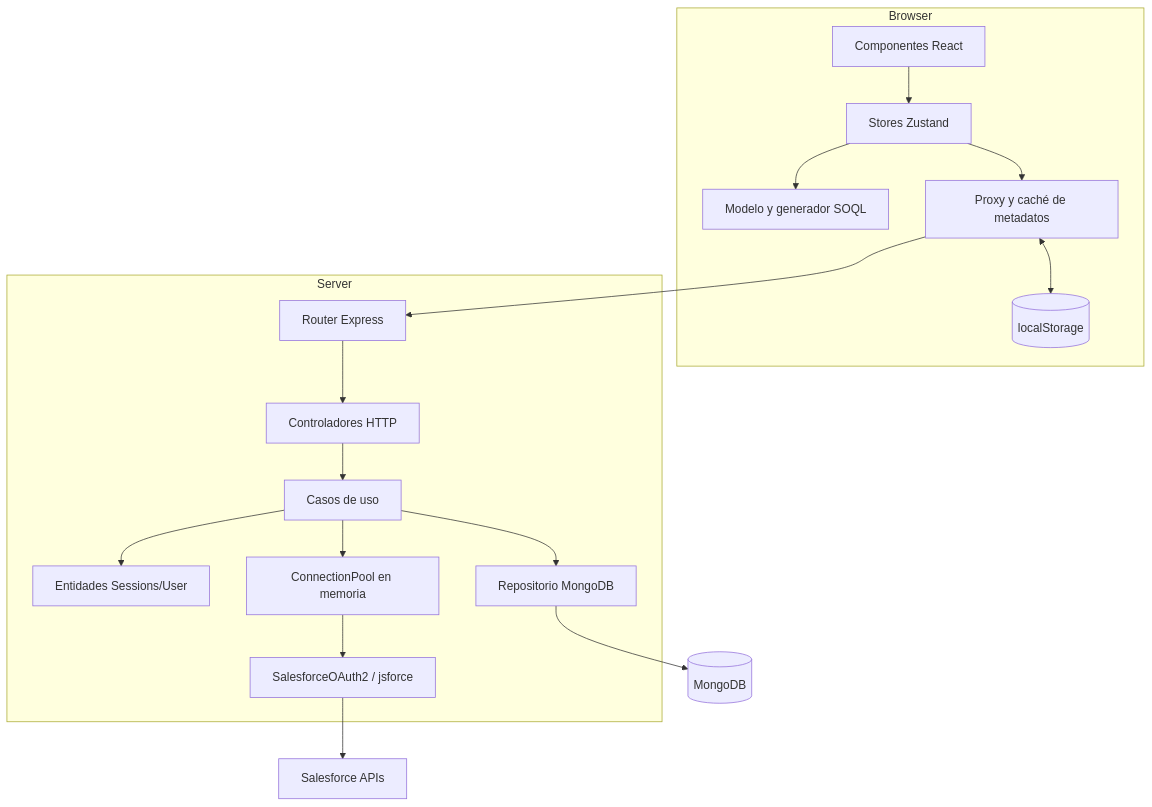
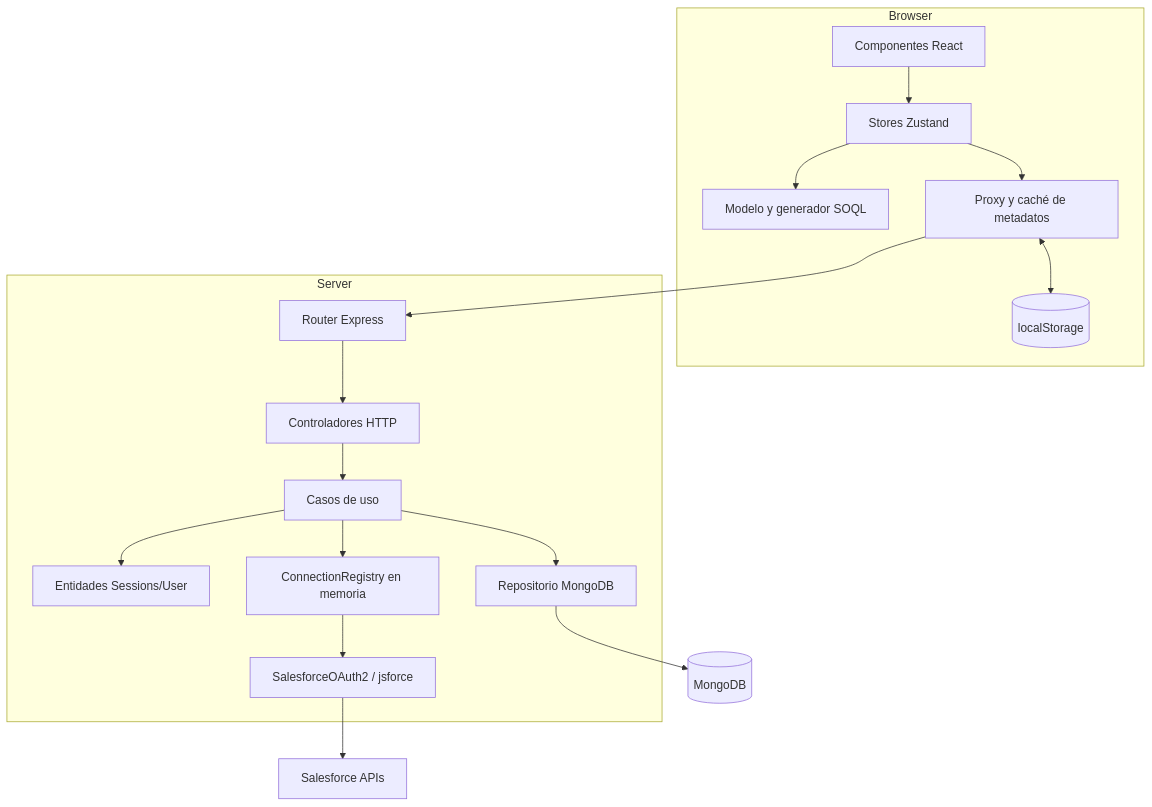
One commit to eBarrero/sfstudio changed the first of 3 diagrams in doc/ARQUITECTURA.md. Above: the diagram before and after it, drawn with Mermaid. The commit also changed other lines of this file and 21 other files, not shown here.

````diff
--- a/doc/ARQUITECTURA.md
+++ b/doc/ARQUITECTURA.md
@@ -14,35 +14,35 @@
 ```mermaid
 flowchart TB
     subgraph Browser
         Components[Componentes React]
         Stores[Stores Zustand]
         Model[Modelo y generador SOQL]
         Proxy[Proxy y caché de metadatos]
         Local[(localStorage)]
         Components --> Stores
         Stores --> Model
         Stores --> Proxy
         Proxy <--> Local
     end
 
     subgraph Server
         Router[Router Express]
         Controllers[Controladores HTTP]
         UseCases[Casos de uso]
         Domain[Entidades Sessions/User]
-        Pool[ConnectionPool en memoria]
+        Pool[ConnectionRegistry en memoria]
         Repository[Repositorio MongoDB]
         Driver[SalesforceOAuth2 / jsforce]
 
         Router --> Controllers
         Controllers --> UseCases
         UseCases --> Domain
         UseCases --> Repository
         UseCases --> Pool
         Pool --> Driver
     end
 
     Proxy --> Router
     Repository --> Mongo[(MongoDB)]
     Driver --> Salesforce[Salesforce APIs]
 ```
````
